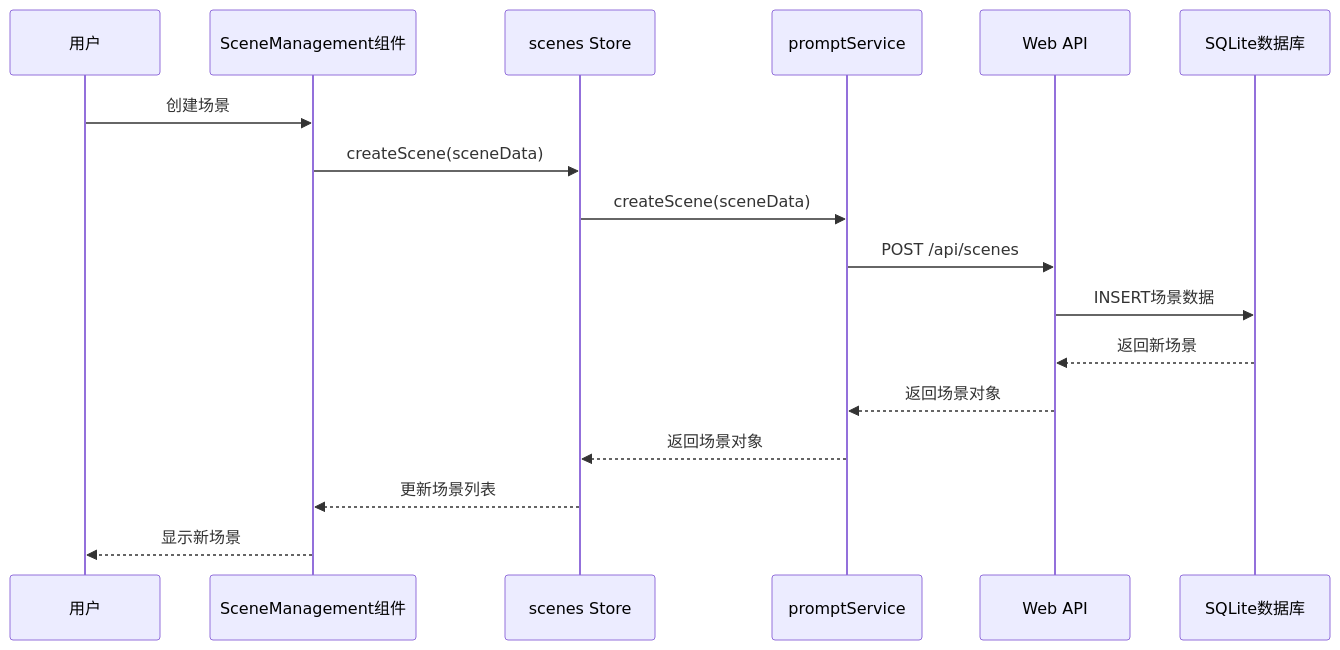
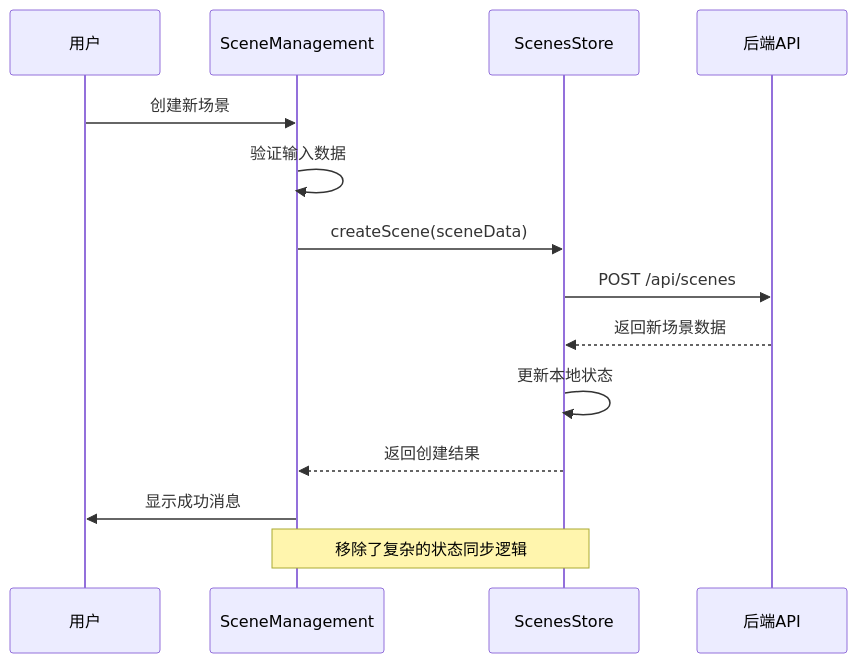
The second of 4 diagrams in docs/模块层/前端模块/组件/scene-management.md (Songmengdi/mcp-feedback-collector), drawn with Mermaid before and after one commit. The commit also changed other lines of this file and 37 other files, not shown here.

````diff
--- a/docs/模块层/前端模块/组件/scene-management.md
+++ b/docs/模块层/前端模块/组件/scene-management.md
@@ -79,20 +178,18 @@
 ```mermaid
 sequenceDiagram
     participant U as 用户
-    participant C as SceneManagement组件
-    participant S as scenes Store
-    participant P as promptService
-    participant A as Web API
-    participant D as SQLite数据库
+    participant SM as SceneManagement
+    participant SS as ScenesStore
+    participant API as 后端API
     
-    U->>C: 创建场景
-    C->>S: createScene(sceneData)
-    S->>P: createScene(sceneData)
-    P->>A: POST /api/scenes
-    A->>D: INSERT场景数据
-    D-->>A: 返回新场景
-    A-->>P: 返回场景对象
-    P-->>S: 返回场景对象
-    S-->>C: 更新场景列表
-    C-->>U: 显示新场景
+    U->>SM: 创建新场景
+    SM->>SM: 验证输入数据
+    SM->>SS: createScene(sceneData)
+    SS->>API: POST /api/scenes
+    API-->>SS: 返回新场景数据
+    SS->>SS: 更新本地状态
+    SS-->>SM: 返回创建结果
+    SM->>U: 显示成功消息
+    
+    Note over SM,SS: 移除了复杂的状态同步逻辑
 ```
````
